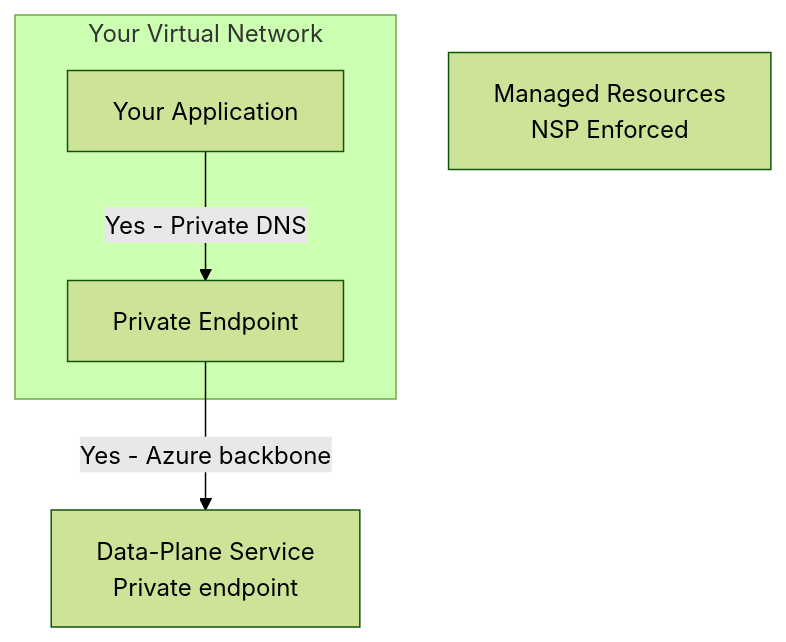
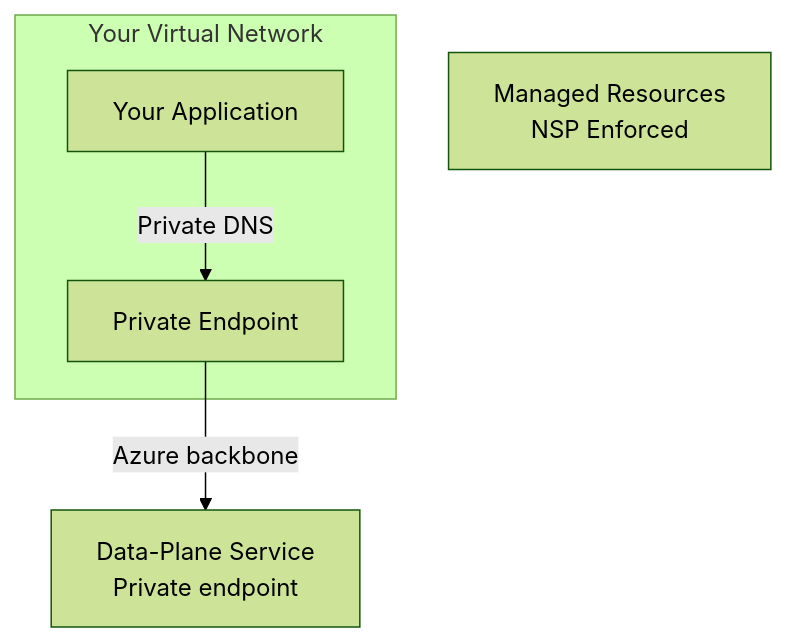
One commit to johntrogan/azure-docs changed the second of 2 diagrams in articles/microsoft-discovery/concept-network-security.md. Above: the diagram before and after it, drawn with Mermaid (forest theme). The commit also changed other lines of this file and 4 other files, not shown here.

````diff
--- a/articles/microsoft-discovery/concept-network-security.md
+++ b/articles/microsoft-discovery/concept-network-security.md
@@ -49,9 +49,9 @@
 ```mermaid
 graph TB
     subgraph VNet["Your Virtual Network"]
         VM["Your Application"]
         PE["Private Endpoint"]
     end
-    VM -->|"Yes - Private DNS"| PE -->|"Yes - Azure backbone"| DP2["Data-Plane Service<br/>Private endpoint"]
+    VM -->|"Private DNS"| PE -->|"Azure backbone"| DP2["Data-Plane Service<br/>Private endpoint"]
     MRG2["Managed Resources<br/>NSP Enforced"]
 ```
````
